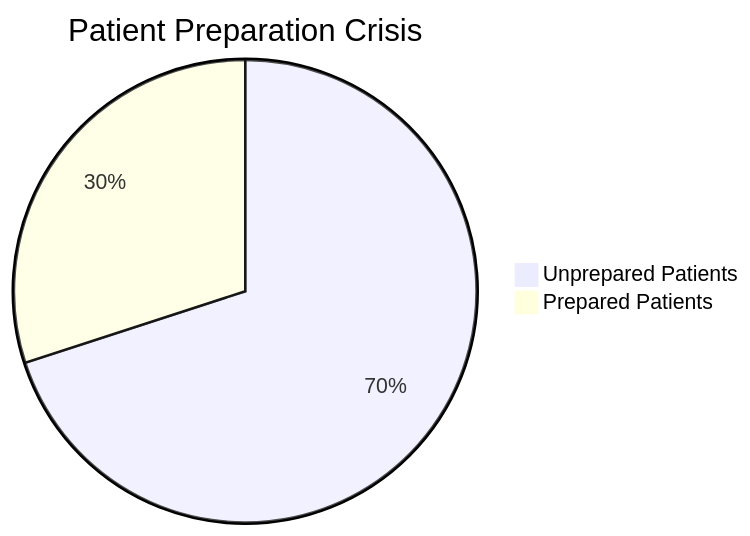
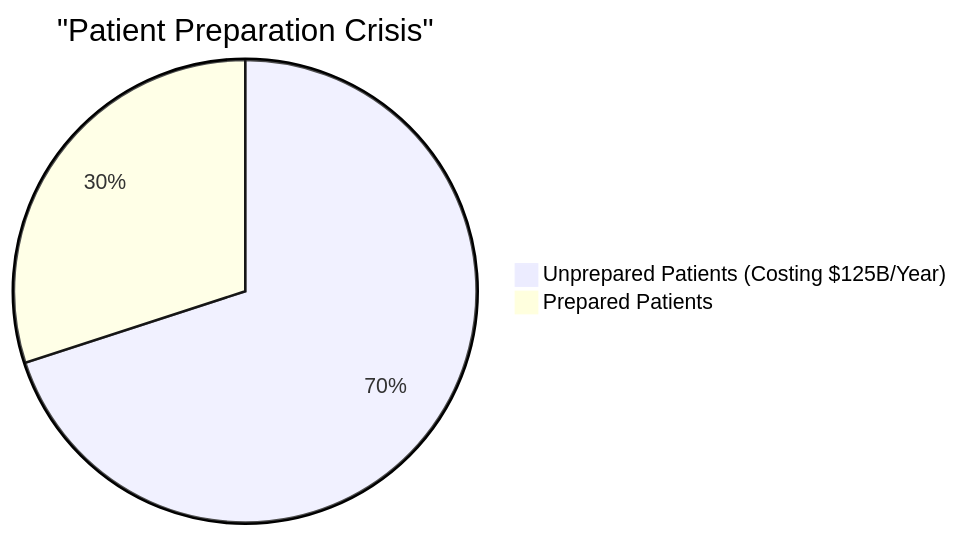
The first of 11 diagrams in README.md (Iceman-Dann/Medly), drawn with Mermaid before and after one commit. The commit also changed other lines of this file, not shown here.

````diff
--- a/README.md
+++ b/README.md
@@ -20,5 +20,6 @@
 ```mermaid
-pie title Patient Preparation Crisis
-    "Unprepared Patients" : 70
+pie
+    title "Patient Preparation Crisis"
+    "Unprepared Patients (Costing $125B/Year)" : 70
     "Prepared Patients" : 30
 ```
````
